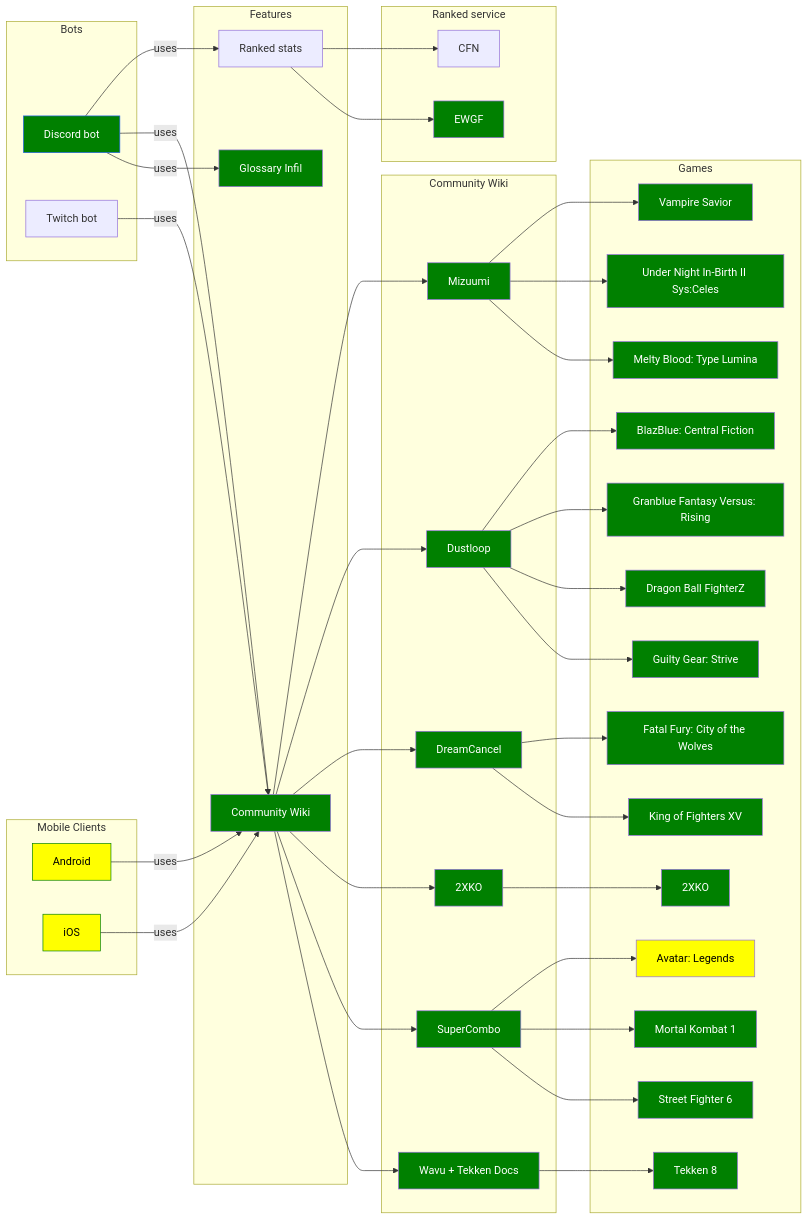
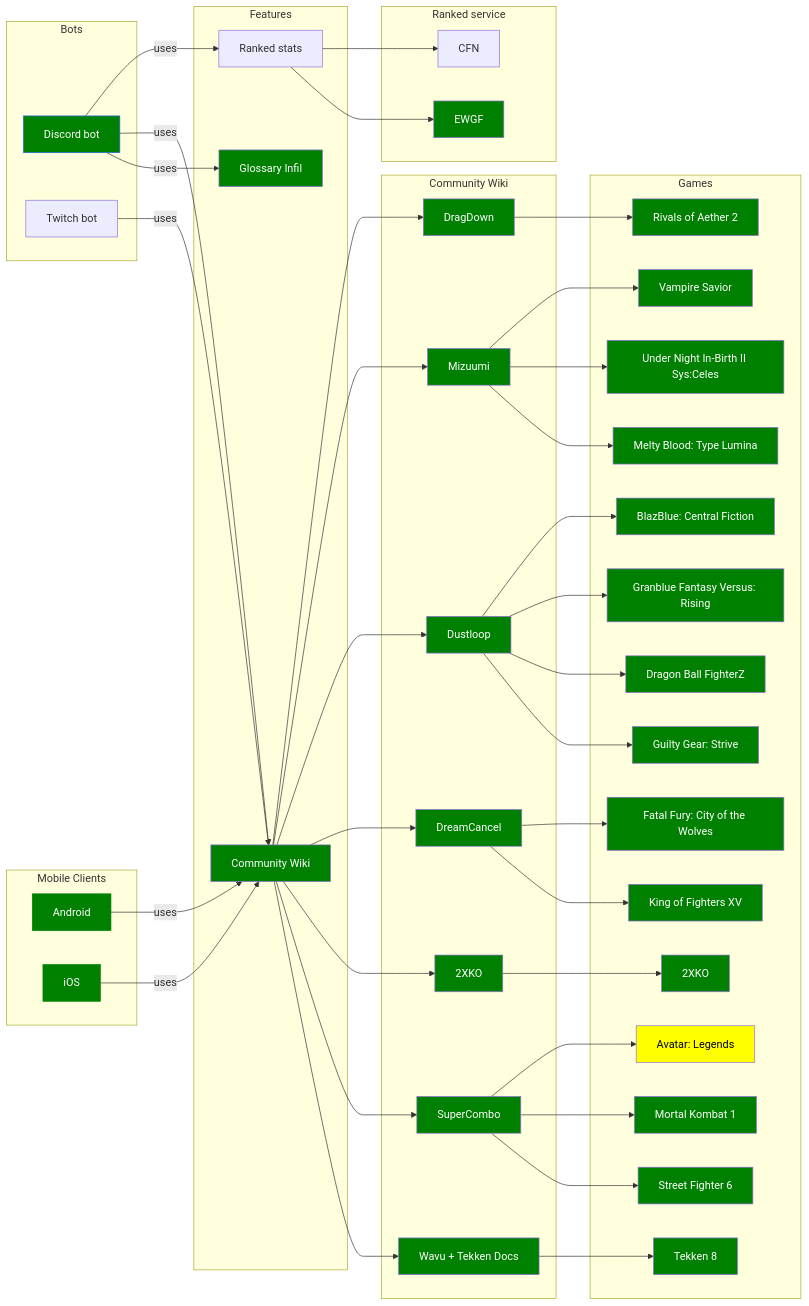
One commit to Sophon/FightingNerd changed the diagram in README.md. Above: the diagram before and after it, drawn with Mermaid. The commit also changed 30 other files, not shown here.

````diff
--- a/README.md
+++ b/README.md
@@ -49,6 +49,7 @@
     dustloop[Dustloop]
     dreamcancel[DreamCancel]
     mizuumi[Mizuumi]
+    dragdown[DragDown]
   end
 
   subgraph Games
@@ -66,6 +67,7 @@
     uni2[Under Night In-Birth II Sys:Celes]
     vsav[Vampire Savior]
     avl[Avatar: Legends]
+    roa[Rivals of Aether 2]
   end
 
   subgraph Ranked service
@@ -87,6 +89,7 @@
   communityWiki --> dreamcancel
   communityWiki --> dustloop
   communityWiki --> mizuumi
+  communityWiki --> dragdown
 
   elo --> ewgf
   elo --> cfn
@@ -105,11 +108,12 @@
   mizuumi --> melty
   mizuumi --> uni2
   mizuumi --> vsav
+  dragdown --> roa
 
 
   style discordBot fill:green,stroke:#2563EB, color:#fff
-  style android fill:yellow,stroke:green, color:#000
-  style iOS fill:yellow,stroke:green, color:#000
+  style android fill:green,stroke:green, color:#fff
+  style iOS fill:green,stroke:green, color:#fff
   style glossaryInfil fill:green, color:#fff
   style communityWiki fill:green, color:#fff
   style wikiWavu fill:green, color:#fff
@@ -117,6 +121,7 @@
   style dreamcancel fill:green, color:#fff
   style dustloop fill:green, color:#fff
   style mizuumi fill:green, color:#fff
+  style dragdown fill:green, color:#fff
   style 2xko fill:green, color:#fff
   style t8 fill:green, color:#fff
   style sf6 fill:green, color:#fff
@@ -133,4 +138,5 @@
   style vsav fill:green, color:#fff
   style ewgf fill:green, color:#fff
   style avl fill:yellow, color:#000
+  style roa fill:green, color:#fff
   ```
````
